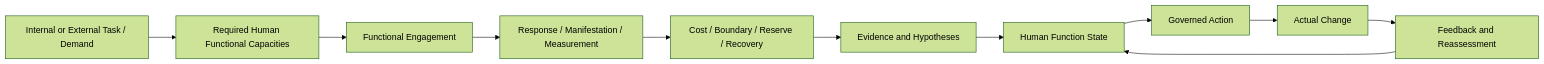
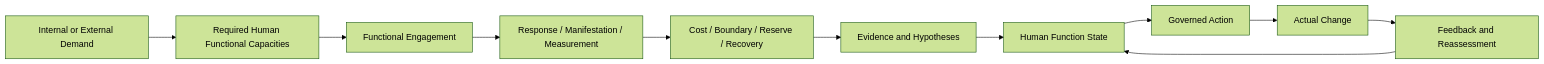
The diagram in README.md (dlehche/MoveTips-Unified-Functional-Ontology), drawn with Mermaid (forest theme) before and after one commit. The commit also changed other lines of this file and 6 other files, not shown here.

````diff
--- a/README.md
+++ b/README.md
@@ -88,13 +88,13 @@
 ```mermaid
 flowchart LR
-    T[Internal or External Task / Demand] --> RC[Required Human Functional Capacities]
+    D[Internal or External Demand] --> RC[Required Human Functional Capacities]
     RC --> FE[Functional Engagement]
     FE --> R[Response / Manifestation / Measurement]
     R --> C[Cost / Boundary / Reserve / Recovery]
     C --> E[Evidence and Hypotheses]
     E --> S[Human Function State]
     S --> A[Governed Action]
     A --> CH[Actual Change]
     CH --> FB[Feedback and Reassessment]
     FB --> S
 ```
````
